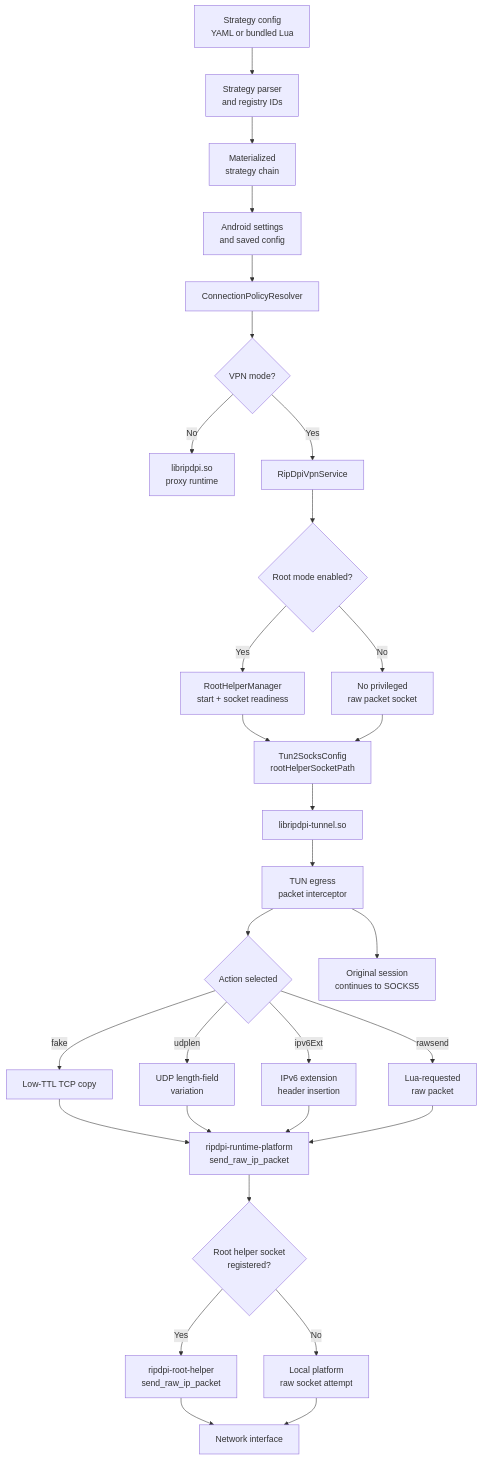
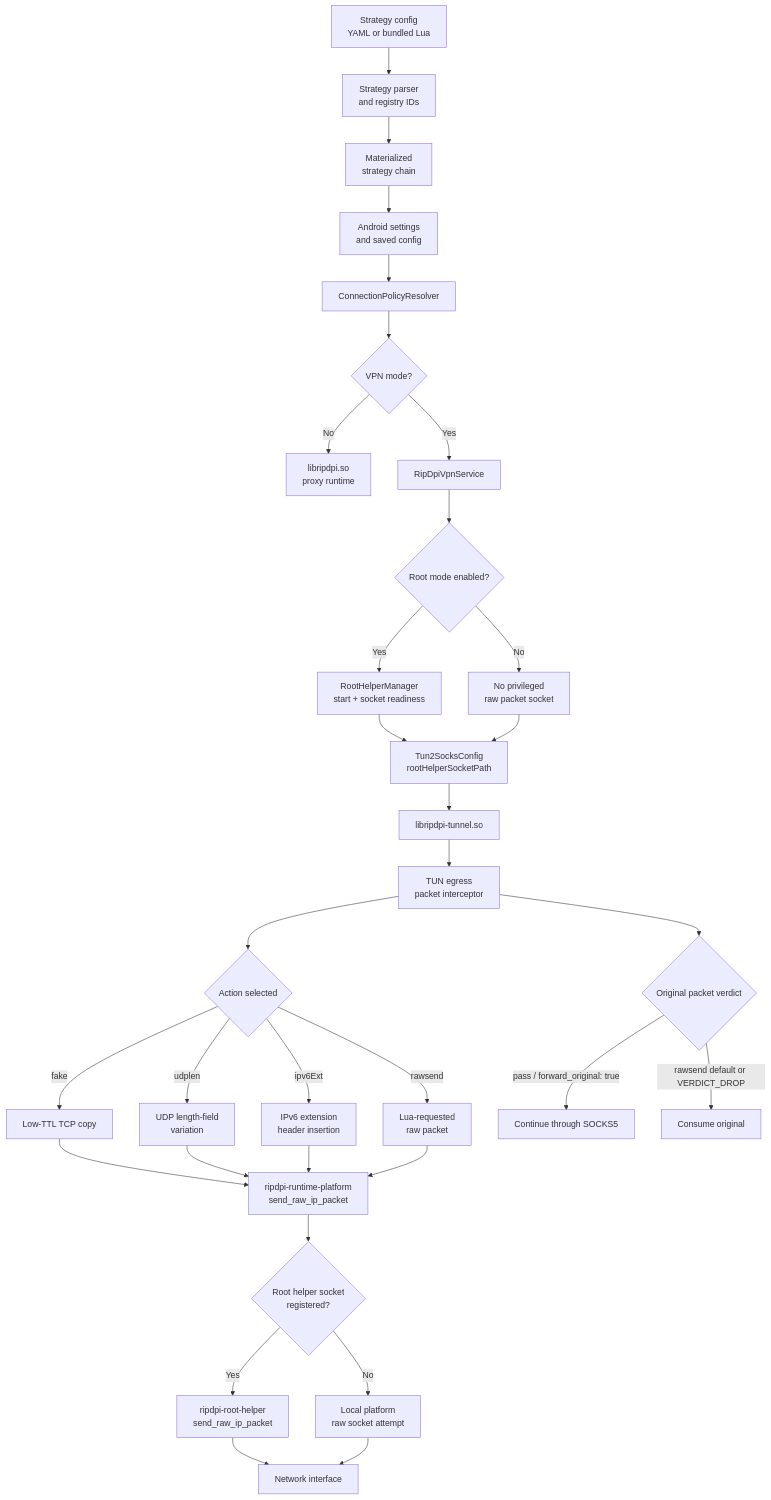
Before and after one commit to po4yka/RIPDPI: the first of 3 diagrams in docs/packet-strategy-runtime.md, drawn with Mermaid. The commit also changed other lines of this file and 206 other files, not shown here.

````diff
--- a/docs/packet-strategy-runtime.md
+++ b/docs/packet-strategy-runtime.md
@@ -22,28 +22,30 @@
 ```mermaid
 flowchart TD
     A["Strategy config\nYAML or bundled Lua"] --> B["Strategy parser\nand registry IDs"]
     B --> C["Materialized\nstrategy chain"]
     C --> D["Android settings\nand saved config"]
     D --> E["ConnectionPolicyResolver"]
     E --> F{"VPN mode?"}
     F -- No --> G["libripdpi.so\nproxy runtime"]
     F -- Yes --> H["RipDpiVpnService"]
     H --> I{"Root mode enabled?"}
     I -- Yes --> J["RootHelperManager\nstart + socket readiness"]
     I -- No --> K["No privileged\nraw packet socket"]
     J --> L["Tun2SocksConfig\nrootHelperSocketPath"]
     K --> L
     L --> M["libripdpi-tunnel.so"]
     M --> N["TUN egress\npacket interceptor"]
     N --> O{"Action selected"}
     O -- fake --> P["Low-TTL TCP copy"]
     O -- udplen --> Q["UDP length-field\nvariation"]
     O -- ipv6Ext --> R["IPv6 extension\nheader insertion"]
     O -- rawsend --> S["Lua-requested\nraw packet"]
     P & Q & R & S --> T["ripdpi-runtime-platform\nsend_raw_ip_packet"]
     T --> U{"Root helper socket\nregistered?"}
     U -- Yes --> V["ripdpi-root-helper\nsend_raw_ip_packet"]
     U -- No --> W["Local platform\nraw socket attempt"]
     V & W --> X["Network interface"]
-    N --> Y["Original session\ncontinues to SOCKS5"]
+    N --> Y{"Original packet verdict"}
+    Y -- "pass / forward_original: true" --> Z["Continue through SOCKS5"]
+    Y -- "rawsend default or VERDICT_DROP" --> AA["Consume original"]
 ```
````
